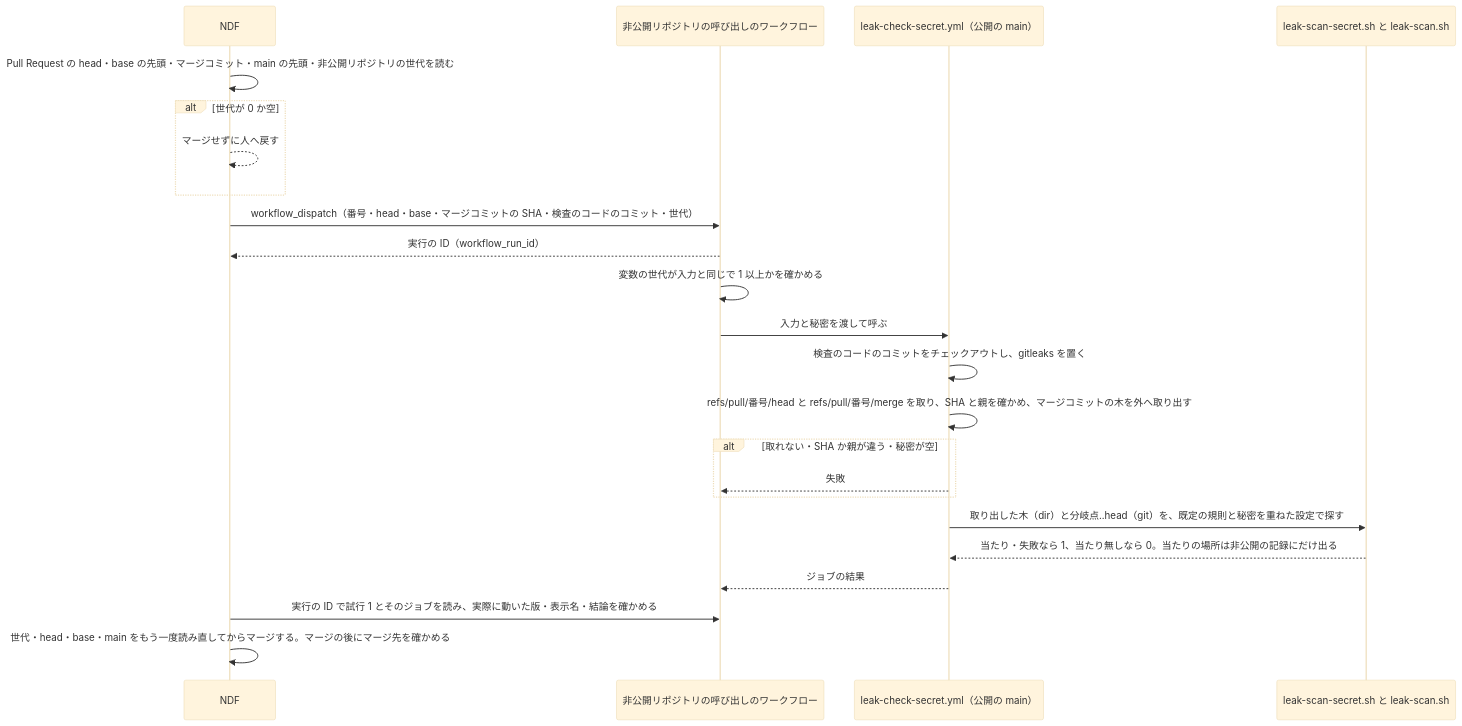
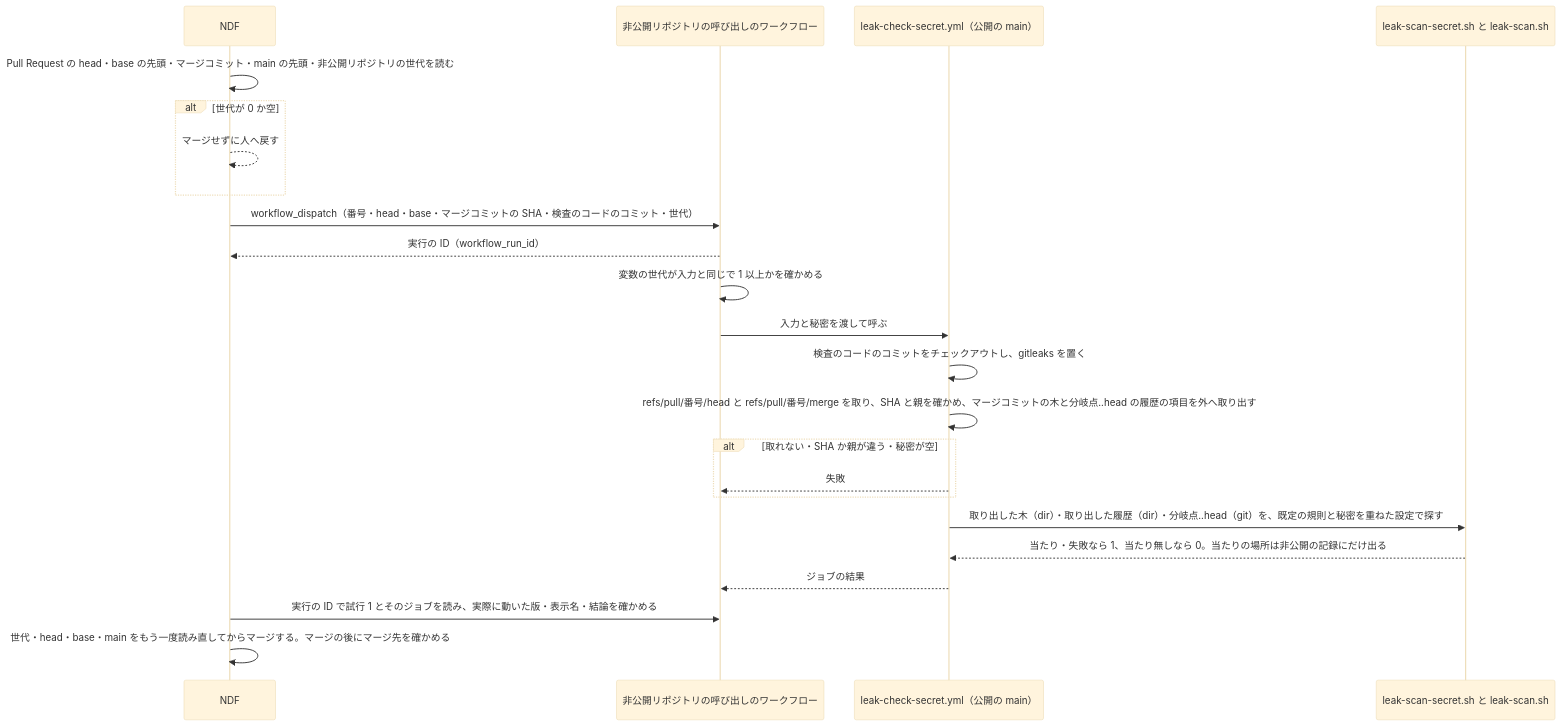
One commit to devbasex/nd-factory changed the fourth of 4 diagrams in issues/issue-96-101-design.md. Above: the diagram before and after it, drawn with Mermaid (base theme). The commit also changed other lines of this file and 1 other file, not shown here.

First line of the commit message:
設計: Pull Request の履歴の探しで、途中のコミットにだけ在ったパスの名前とパッチに出ないファイルの中身も探す（#96 #101）

````diff
--- a/issues/issue-96-101-design.md
+++ b/issues/issue-96-101-design.md
@@ -141,25 +141,25 @@
 ```mermaid
 sequenceDiagram
     participant N as NDF
     participant P as 非公開リポジトリの呼び出しのワークフロー
     participant J as leak-check-secret.yml（公開の main）
     participant S as leak-scan-secret.sh と leak-scan.sh
     N->>N: Pull Request の head・base の先頭・マージコミット・main の先頭・非公開リポジトリの世代を読む
     alt 世代が 0 か空
         N-->>N: マージせずに人へ戻す
     end
     N->>P: workflow_dispatch（番号・head・base・マージコミットの SHA・検査のコードのコミット・世代）
     P-->>N: 実行の ID（workflow_run_id）
     P->>P: 変数の世代が入力と同じで 1 以上かを確かめる
     P->>J: 入力と秘密を渡して呼ぶ
     J->>J: 検査のコードのコミットをチェックアウトし、gitleaks を置く
-    J->>J: refs/pull/番号/head と refs/pull/番号/merge を取り、SHA と親を確かめ、マージコミットの木を外へ取り出す
+    J->>J: refs/pull/番号/head と refs/pull/番号/merge を取り、SHA と親を確かめ、マージコミットの木と分岐点..head の履歴の項目を外へ取り出す
     alt 取れない・SHA か親が違う・秘密が空
         J-->>P: 失敗
     end
-    J->>S: 取り出した木（dir）と分岐点..head（git）を、既定の規則と秘密を重ねた設定で探す
+    J->>S: 取り出した木（dir）・取り出した履歴（dir）・分岐点..head（git）を、既定の規則と秘密を重ねた設定で探す
     S-->>J: 当たり・失敗なら 1、当たり無しなら 0。当たりの場所は非公開の記録にだけ出る
     J-->>P: ジョブの結果
     N->>P: 実行の ID で試行 1 とそのジョブを読み、実際に動いた版・表示名・結論を確かめる
     N->>N: 世代・head・base・main をもう一度読み直してからマージする。マージの後にマージ先を確かめる
 ```
````
